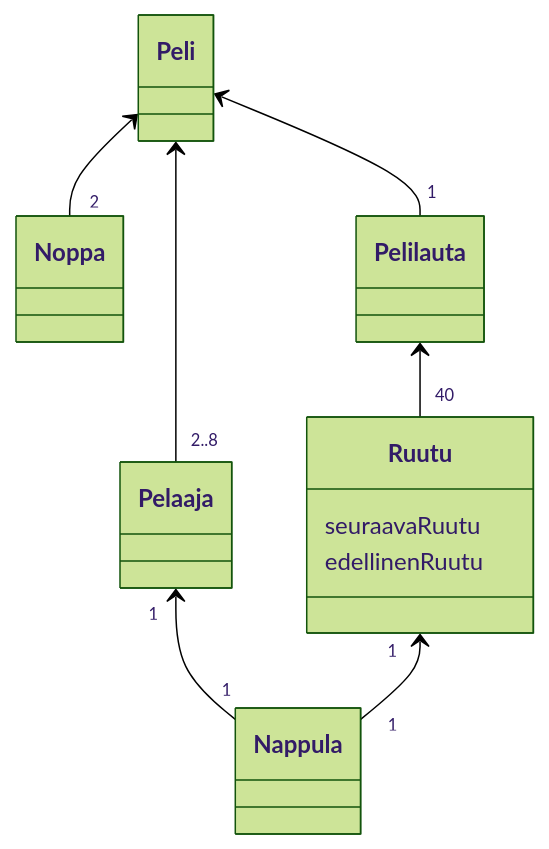
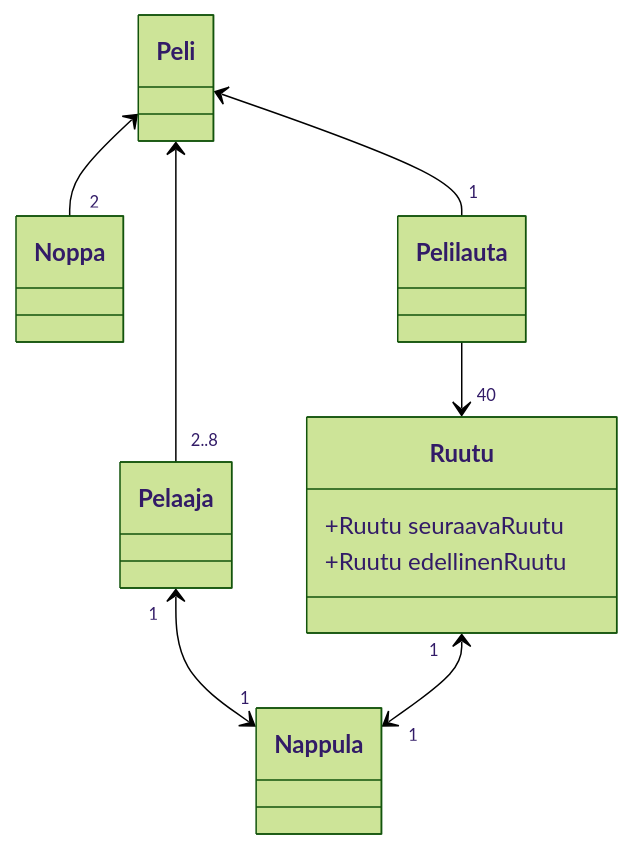
The diagram in laskarit/viikko3/monopolyClassDiagram.md (Zatyri/OhTu), drawn with Mermaid (forest theme) before and after one commit.

Commit message:
small change to class diagram

````diff
--- a/laskarit/viikko3/monopolyClassDiagram.md
+++ b/laskarit/viikko3/monopolyClassDiagram.md
@@ -3,15 +3,15 @@
 ```mermaid
  classDiagram
     Peli <-- "2..8" Pelaaja
 	Peli <-- "2" Noppa
 	Peli <-- "1" Pelilauta
-	Pelilauta <-- "40" Ruutu
-	Pelaaja "1" <-- "1" Nappula
-	Ruutu "1" <-- "1" Nappula
+	Pelilauta --> "40" Ruutu
+	Pelaaja "1" <--> "1" Nappula
+	Ruutu "1" <--> "1" Nappula
 	
 	class Ruutu{
-		seuraavaRuutu
-		edellinenRuutu
+		+Ruutu seuraavaRuutu
+		+Ruutu edellinenRuutu
 		}
  
 ```
````
